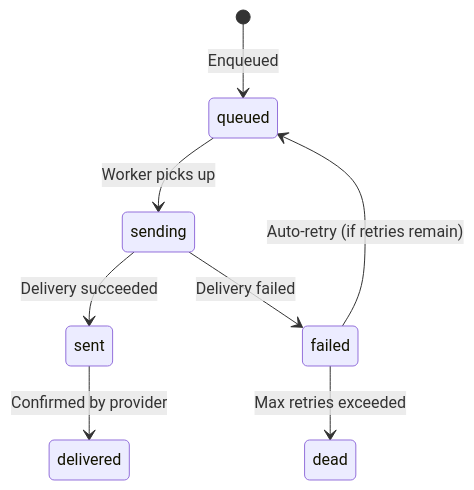
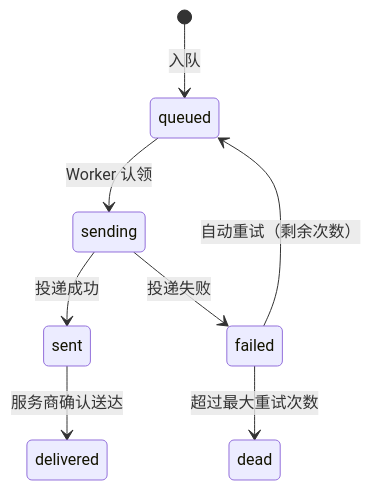
Before and after one commit to XUranus/notify-hub: the diagram in docs/i18n/zh-Hans/docusaurus-plugin-content-docs/current/api/messages.md, drawn with Mermaid. The commit also changed other lines of this file and 51 other files, not shown here.

````diff
--- a/docs/i18n/zh-Hans/docusaurus-plugin-content-docs/current/api/messages.md
+++ b/docs/i18n/zh-Hans/docusaurus-plugin-content-docs/current/api/messages.md
@@ -46,10 +35,10 @@
 ```mermaid
 stateDiagram-v2
-    [*] --> queued : Enqueued
-    queued --> sending : Worker picks up
-    sending --> sent : Delivery succeeded
-    sending --> failed : Delivery failed
-    failed --> queued : Auto-retry (if retries remain)
-    failed --> dead : Max retries exceeded
-    sent --> delivered : Confirmed by provider
+    [*] --> queued : 入队
+    queued --> sending : Worker 认领
+    sending --> sent : 投递成功
+    sending --> failed : 投递失败
+    failed --> queued : 自动重试（剩余次数）
+    failed --> dead : 超过最大重试次数
+    sent --> delivered : 服务商确认送达
 ```
````
